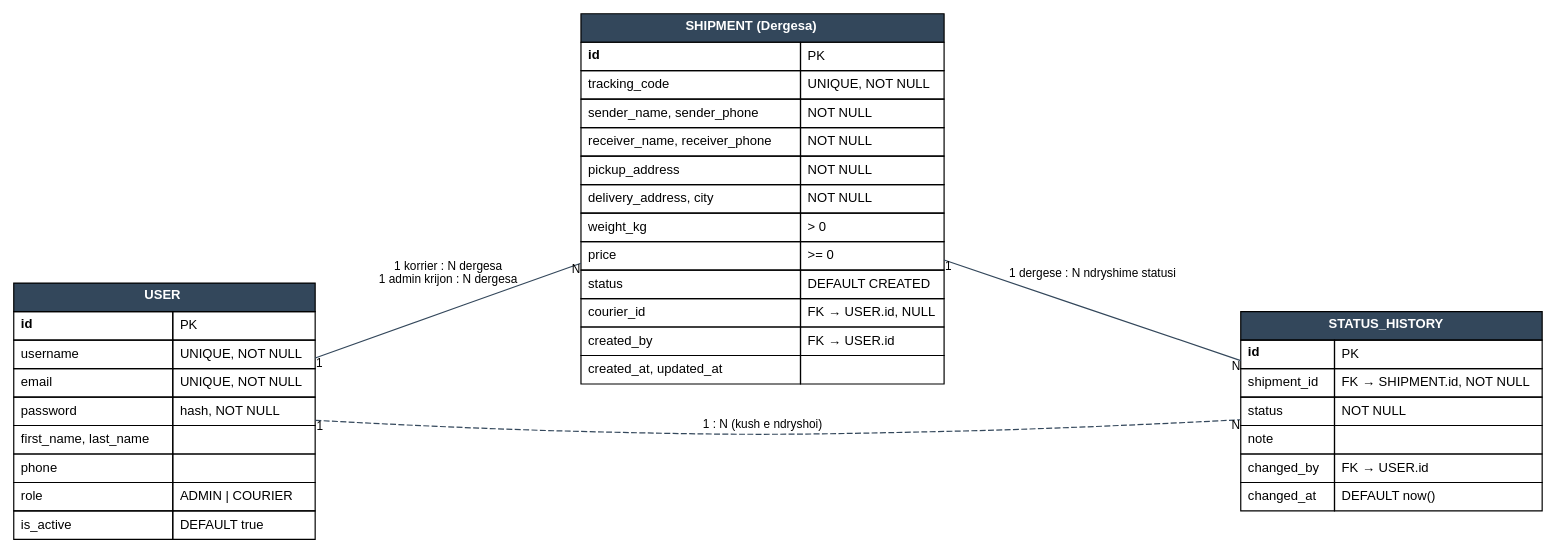
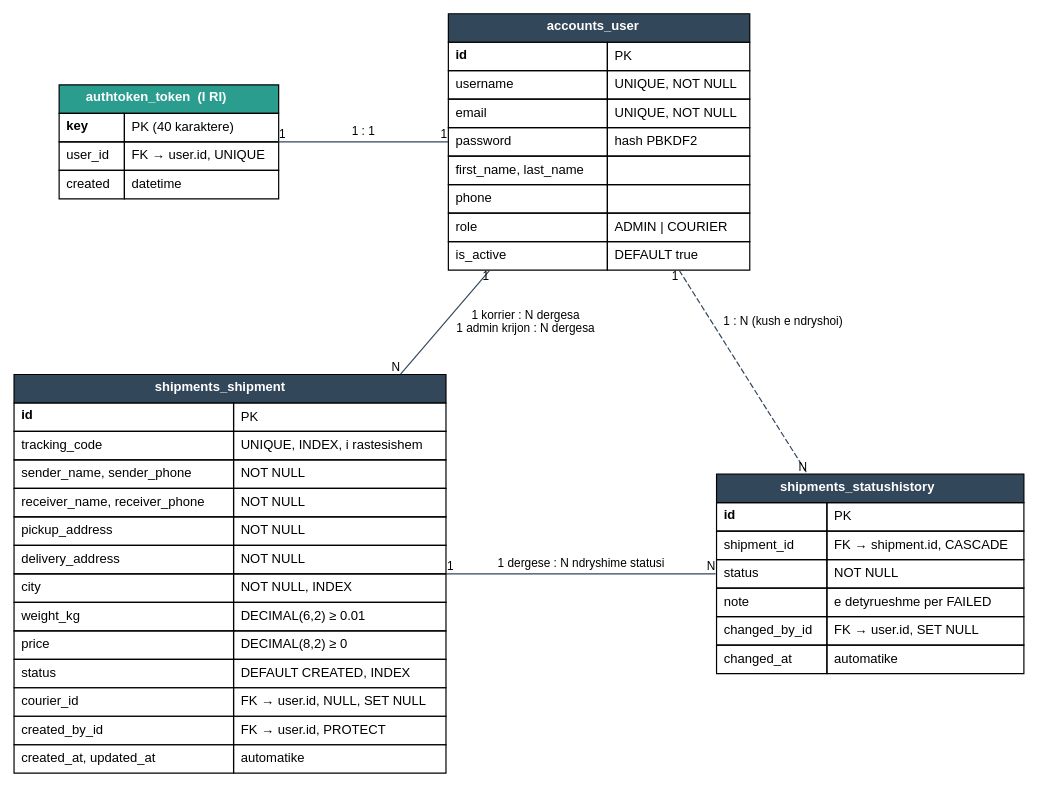
Before and after one commit to arditakajdomqaj-rgb/Sistemi-per-Menaxhimin-e-Sherbimeve-te-Dergesave: the diagram in docs/diagrams/databaza.dot, drawn with Graphviz. The commit also changed 5 other files, not shown here.

Commit message:
docs: add Raporti Teknik 2, updated database schema and Postman collection

```diff
--- a/docs/diagrams/databaza.dot
+++ b/docs/diagrams/databaza.dot
@@ -1,40 +1,49 @@
 digraph ER {
-  rankdir=LR; nodesep=0.8; ranksep=1.3;
+  rankdir=TB; nodesep=1.0; ranksep=0.9;
   node [shape=plain, fontname="Helvetica", fontsize=11];
   edge [fontname="Helvetica", fontsize=10, color="#33475b", arrowhead=none];
   user [label=<<table border="0" cellborder="1" cellspacing="0" cellpadding="5">
-   <tr><td bgcolor="#33475b" colspan="2"><font color="white"><b>USER</b></font></td></tr>
+   <tr><td bgcolor="#33475b" colspan="2"><font color="white"><b>accounts_user</b></font></td></tr>
    <tr><td align="left"><b>id</b></td><td align="left">PK</td></tr>
    <tr><td align="left">username</td><td align="left">UNIQUE, NOT NULL</td></tr>
    <tr><td align="left">email</td><td align="left">UNIQUE, NOT NULL</td></tr>
-   <tr><td align="left">password</td><td align="left">hash, NOT NULL</td></tr>
+   <tr><td align="left">password</td><td align="left">hash PBKDF2</td></tr>
    <tr><td align="left">first_name, last_name</td><td align="left"></td></tr>
    <tr><td align="left">phone</td><td align="left"></td></tr>
    <tr><td align="left">role</td><td align="left">ADMIN | COURIER</td></tr>
    <tr><td align="left">is_active</td><td align="left">DEFAULT true</td></tr></table>>];
+  token [label=<<table border="0" cellborder="1" cellspacing="0" cellpadding="5">
+   <tr><td bgcolor="#2a9d8f" colspan="2"><font color="white"><b>authtoken_token  (I RI)</b></font></td></tr>
+   <tr><td align="left"><b>key</b></td><td align="left">PK (40 karaktere)</td></tr>
+   <tr><td align="left">user_id</td><td align="left">FK → user.id, UNIQUE</td></tr>
+   <tr><td align="left">created</td><td align="left">datetime</td></tr></table>>];
   ship [label=<<table border="0" cellborder="1" cellspacing="0" cellpadding="5">
-   <tr><td bgcolor="#33475b" colspan="2"><font color="white"><b>SHIPMENT (Dergesa)</b></font></td></tr>
+   <tr><td bgcolor="#33475b" colspan="2"><font color="white"><b>shipments_shipment</b></font></td></tr>
    <tr><td align="left"><b>id</b></td><td align="left">PK</td></tr>
-   <tr><td align="left">tracking_code</td><td align="left">UNIQUE, NOT NULL</td></tr>
+   <tr><td align="left">tracking_code</td><td align="left">UNIQUE, INDEX, i rastesishem</td></tr>
    <tr><td align="left">sender_name, sender_phone</td><td align="left">NOT NULL</td></tr>
    <tr><td align="left">receiver_name, receiver_phone</td><td align="left">NOT NULL</td></tr>
    <tr><td align="left">pickup_address</td><td align="left">NOT NULL</td></tr>
-   <tr><td align="left">delivery_address, city</td><td align="left">NOT NULL</td></tr>
-   <tr><td align="left">weight_kg</td><td align="left">&gt; 0</td></tr>
-   <tr><td align="left">price</td><td align="left">&gt;= 0</td></tr>
-   <tr><td align="left">status</td><td align="left">DEFAULT CREATED</td></tr>
-   <tr><td align="left" port="c">courier_id</td><td align="left">FK → USER.id, NULL</td></tr>
-   <tr><td align="left" port="cb">created_by</td><td align="left">FK → USER.id</td></tr>
-   <tr><td align="left">created_at, updated_at</td><td align="left"></td></tr></table>>];
+   <tr><td align="left">delivery_address</td><td align="left">NOT NULL</td></tr>
+   <tr><td align="left">city</td><td align="left">NOT NULL, INDEX</td></tr>
+   <tr><td align="left">weight_kg</td><td align="left">DECIMAL(6,2) ≥ 0.01</td></tr>
+   <tr><td align="left">price</td><td align="left">DECIMAL(8,2) ≥ 0</td></tr>
+   <tr><td align="left">status</td><td align="left">DEFAULT CREATED, INDEX</td></tr>
+   <tr><td align="left">courier_id</td><td align="left">FK → user.id, NULL, SET NULL</td></tr>
+   <tr><td align="left">created_by_id</td><td align="left">FK → user.id, PROTECT</td></tr>
+   <tr><td align="left">created_at, updated_at</td><td align="left">automatike</td></tr></table>>];
   hist [label=<<table border="0" cellborder="1" cellspacing="0" cellpadding="5">
-   <tr><td bgcolor="#33475b" colspan="2"><font color="white"><b>STATUS_HISTORY</b></font></td></tr>
+   <tr><td bgcolor="#33475b" colspan="2"><font color="white"><b>shipments_statushistory</b></font></td></tr>
    <tr><td align="left"><b>id</b></td><td align="left">PK</td></tr>
-   <tr><td align="left">shipment_id</td><td align="left">FK → SHIPMENT.id, NOT NULL</td></tr>
+   <tr><td align="left">shipment_id</td><td align="left">FK → shipment.id, CASCADE</td></tr>
    <tr><td align="left">status</td><td align="left">NOT NULL</td></tr>
-   <tr><td align="left">note</td><td align="left"></td></tr>
-   <tr><td align="left">changed_by</td><td align="left">FK → USER.id</td></tr>
-   <tr><td align="left">changed_at</td><td align="left">DEFAULT now()</td></tr></table>>];
+   <tr><td align="left">note</td><td align="left">e detyrueshme per FAILED</td></tr>
+   <tr><td align="left">changed_by_id</td><td align="left">FK → user.id, SET NULL</td></tr>
+   <tr><td align="left">changed_at</td><td align="left">automatike</td></tr></table>>];
+  {rank=same; token; user;}
+  {rank=same; ship; hist;}
+  token -> user [label="1 : 1", headlabel="1", taillabel="1"];
   user -> ship [label="1 korrier : N dergesa\n1 admin krijon : N dergesa", headlabel="N", taillabel="1"];
   ship -> hist [label="1 dergese : N ndryshime statusi", headlabel="N", taillabel="1"];
   user -> hist [label="1 : N (kush e ndryshoi)", headlabel="N", taillabel="1", style=dashed];
 }
```
